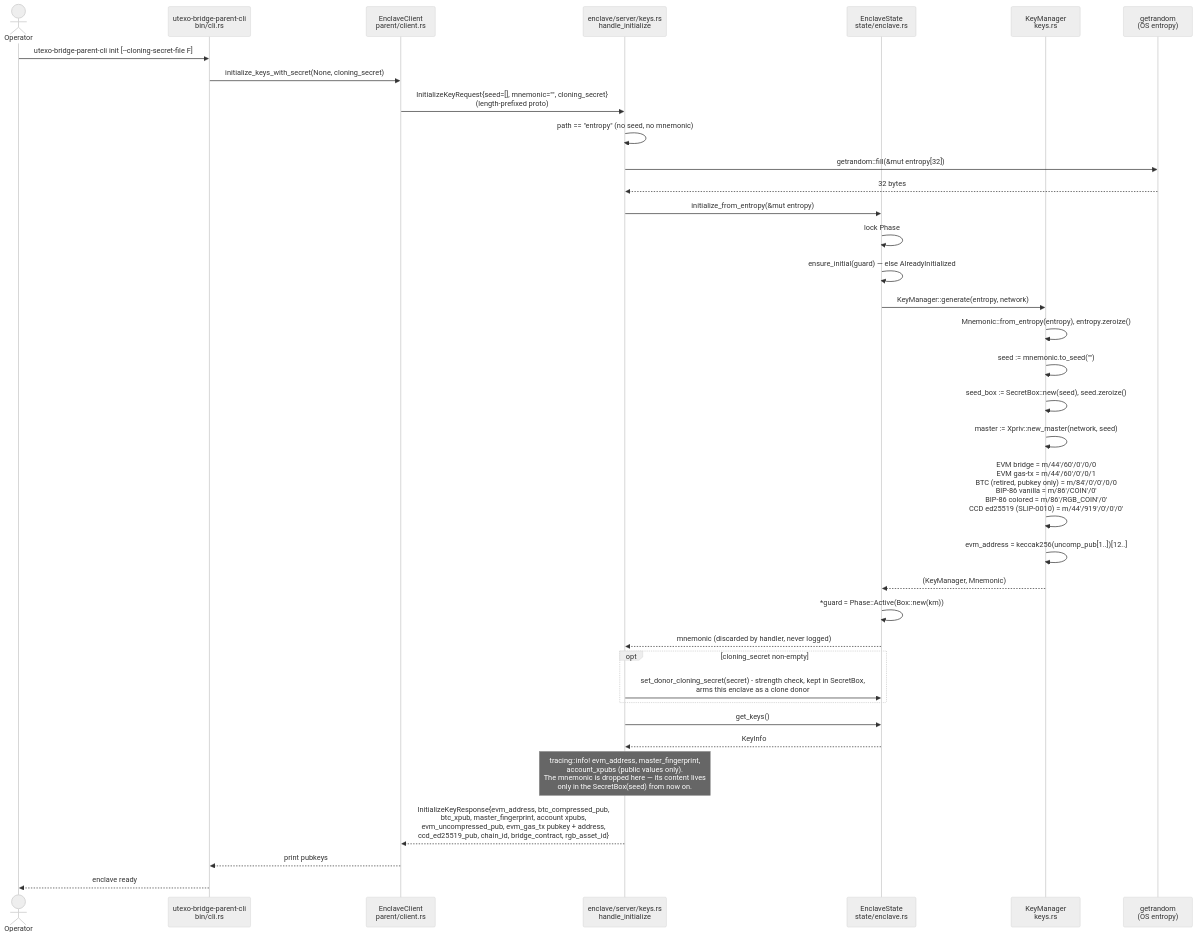
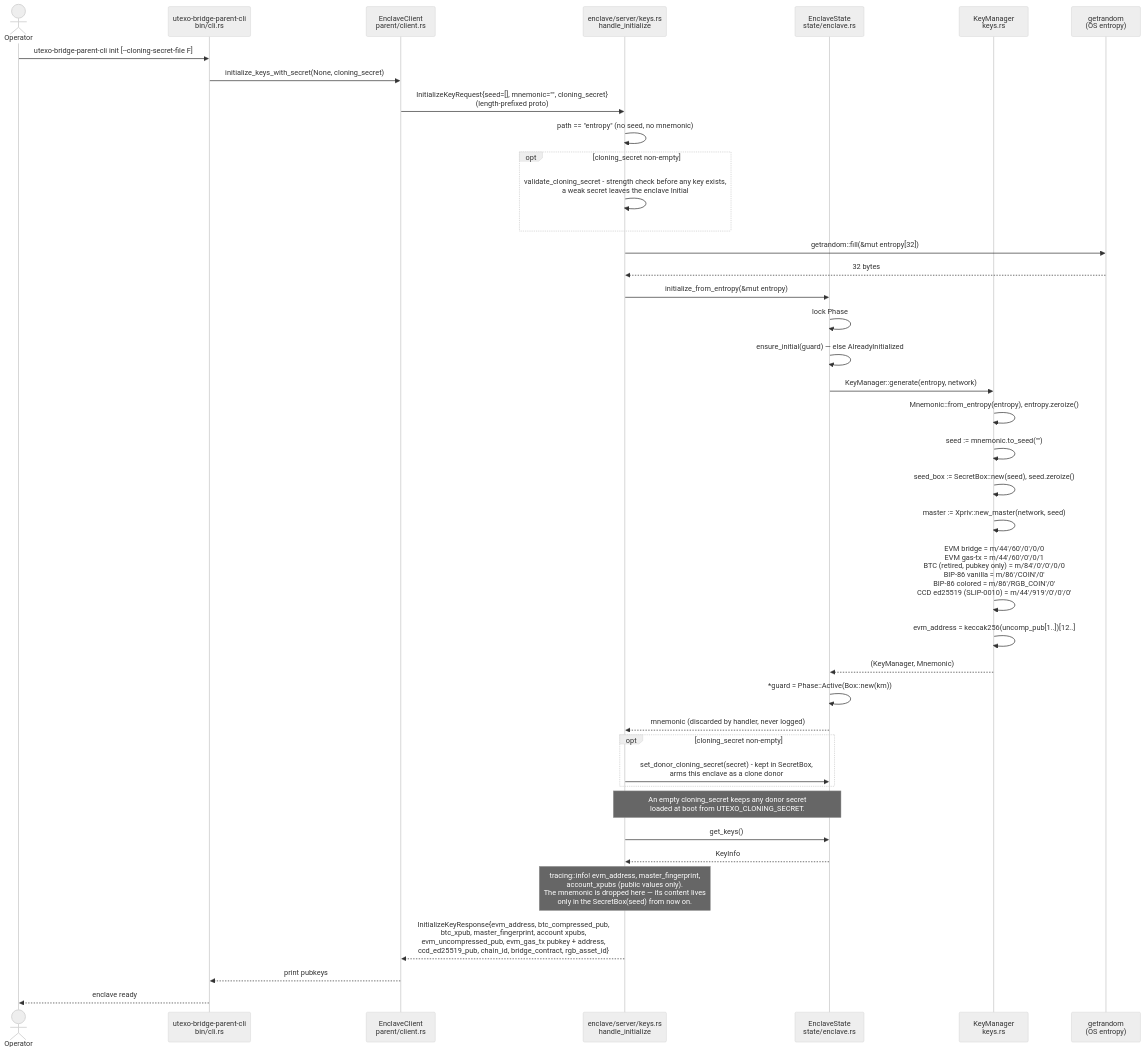
Before and after one commit to UTEXO-Protocol/enclave-signer: the diagram in docs/diagrams/07-seq-initialize-keys.md, drawn with Mermaid (neutral theme). The commit also changed 21 other files, not shown here.

````diff
--- a/docs/diagrams/07-seq-initialize-keys.md
+++ b/docs/diagrams/07-seq-initialize-keys.md
@@ -6,46 +6,50 @@
 ```mermaid
 sequenceDiagram
     actor Op as Operator
     participant Cli as utexo-bridge-parent-cli<br/>bin/cli.rs
     participant PClient as EnclaveClient<br/>parent/client.rs
     participant Srv as enclave/server/keys.rs<br/>handle_initialize
     participant State as EnclaveState<br/>state/enclave.rs
     participant Km as KeyManager<br/>keys.rs
     participant Rand as getrandom<br/>(OS entropy)
 
     Op->>Cli: utexo-bridge-parent-cli init [--cloning-secret-file F]
     Cli->>PClient: initialize_keys_with_secret(None, cloning_secret)
     PClient->>Srv: InitializeKeyRequest{seed=[], mnemonic="", cloning_secret}<br/>(length-prefixed proto)
 
     Srv->>Srv: path == "entropy" (no seed, no mnemonic)
+    opt cloning_secret non-empty
+        Srv->>Srv: validate_cloning_secret - strength check before any key exists,<br/>a weak secret leaves the enclave Initial
+    end
     Srv->>Rand: getrandom::fill(&mut entropy[32])
     Rand-->>Srv: 32 bytes
     Srv->>State: initialize_from_entropy(&mut entropy)
 
     State->>State: lock Phase
     State->>State: ensure_initial(guard) — else AlreadyInitialized
     State->>Km: KeyManager::generate(entropy, network)
 
     Km->>Km: Mnemonic::from_entropy(entropy), entropy.zeroize()
     Km->>Km: seed := mnemonic.to_seed("")
     Km->>Km: seed_box := SecretBox::new(seed), seed.zeroize()
     Km->>Km: master := Xpriv::new_master(network, seed)
     Km->>Km: EVM bridge = m/44'/60'/0'/0/0<br/>EVM gas-tx = m/44'/60'/0'/0/1<br/>BTC (retired, pubkey only) = m/84'/0'/0'/0/0<br/>BIP-86 vanilla = m/86'/COIN'/0'<br/>BIP-86 colored = m/86'/RGB_COIN'/0'<br/>CCD ed25519 (SLIP-0010) = m/44'/919'/0'/0'/0'
     Km->>Km: evm_address = keccak256(uncomp_pub[1..])[12..]
     Km-->>State: (KeyManager, Mnemonic)
 
     State->>State: *guard = Phase::Active(Box::new(km))
     State-->>Srv: mnemonic (discarded by handler, never logged)
     opt cloning_secret non-empty
-        Srv->>State: set_donor_cloning_secret(secret) - strength check, kept in SecretBox,<br/>arms this enclave as a clone donor
+        Srv->>State: set_donor_cloning_secret(secret) - kept in SecretBox,<br/>arms this enclave as a clone donor
     end
+    Note over Srv,State: An empty cloning_secret keeps any donor secret<br/>loaded at boot from UTEXO_CLONING_SECRET.
 
     Srv->>State: get_keys()
     State-->>Srv: KeyInfo
 
     Note over Srv: tracing::info! evm_address, master_fingerprint,<br/>account_xpubs (public values only).<br/>The mnemonic is dropped here — its content lives<br/>only in the SecretBox(seed) from now on.
 
     Srv-->>PClient: InitializeKeyResponse{evm_address, btc_compressed_pub,<br/>btc_xpub, master_fingerprint, account xpubs,<br/>evm_uncompressed_pub, evm_gas_tx pubkey + address,<br/>ccd_ed25519_pub, chain_id, bridge_contract, rgb_asset_id}
     PClient-->>Cli: print pubkeys
     Cli-->>Op: enclave ready
 ```
````
